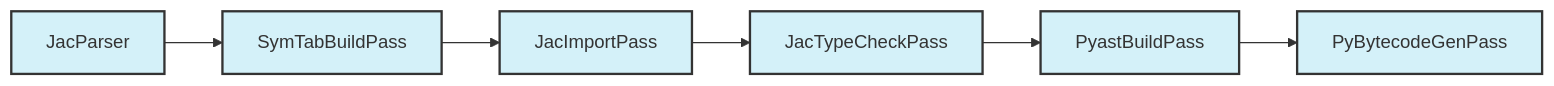
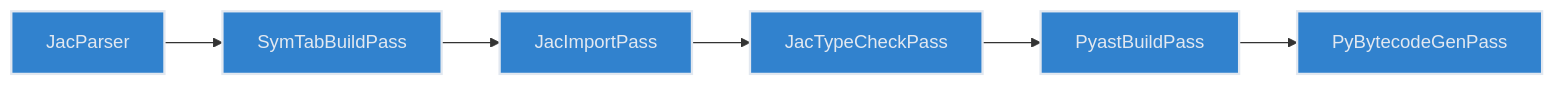
One commit to Jaseci-Labs/jaseci changed the fourth of 13 diagrams in jac/support/jac-lang.org/docs/for_contributors/internals.md. Above: the diagram before and after it, drawn with Mermaid. The commit also changed other lines of this file, not shown here.

````diff
--- a/jac/support/jac-lang.org/docs/for_contributors/internals.md
+++ b/jac/support/jac-lang.org/docs/for_contributors/internals.md
@@ -158,15 +158,15 @@
 ```mermaid
 flowchart LR
     A[JacParser] --> B[SymTabBuildPass]
     B --> C[JacImportPass]
     C --> D[JacTypeCheckPass]
     D --> E[PyastBuildPass]
     E --> F[PyBytecodeGenPass]
 
-    style A fill:#d4f1f9,stroke:#333,stroke-width:2px
-    style B fill:#d4f1f9,stroke:#333,stroke-width:2px
-    style C fill:#d4f1f9,stroke:#333,stroke-width:2px
-    style D fill:#d4f1f9,stroke:#333,stroke-width:2px
-    style E fill:#d4f1f9,stroke:#333,stroke-width:2px
-    style F fill:#d4f1f9,stroke:#333,stroke-width:2px
+    style A fill:#3182ce,stroke:#e2e8f0,stroke-width:2px,color:#e2e8f0
+    style B fill:#3182ce,stroke:#e2e8f0,stroke-width:2px,color:#e2e8f0
+    style C fill:#3182ce,stroke:#e2e8f0,stroke-width:2px,color:#e2e8f0
+    style D fill:#3182ce,stroke:#e2e8f0,stroke-width:2px,color:#e2e8f0
+    style E fill:#3182ce,stroke:#e2e8f0,stroke-width:2px,color:#e2e8f0
+    style F fill:#3182ce,stroke:#e2e8f0,stroke-width:2px,color:#e2e8f0
 ```
````
